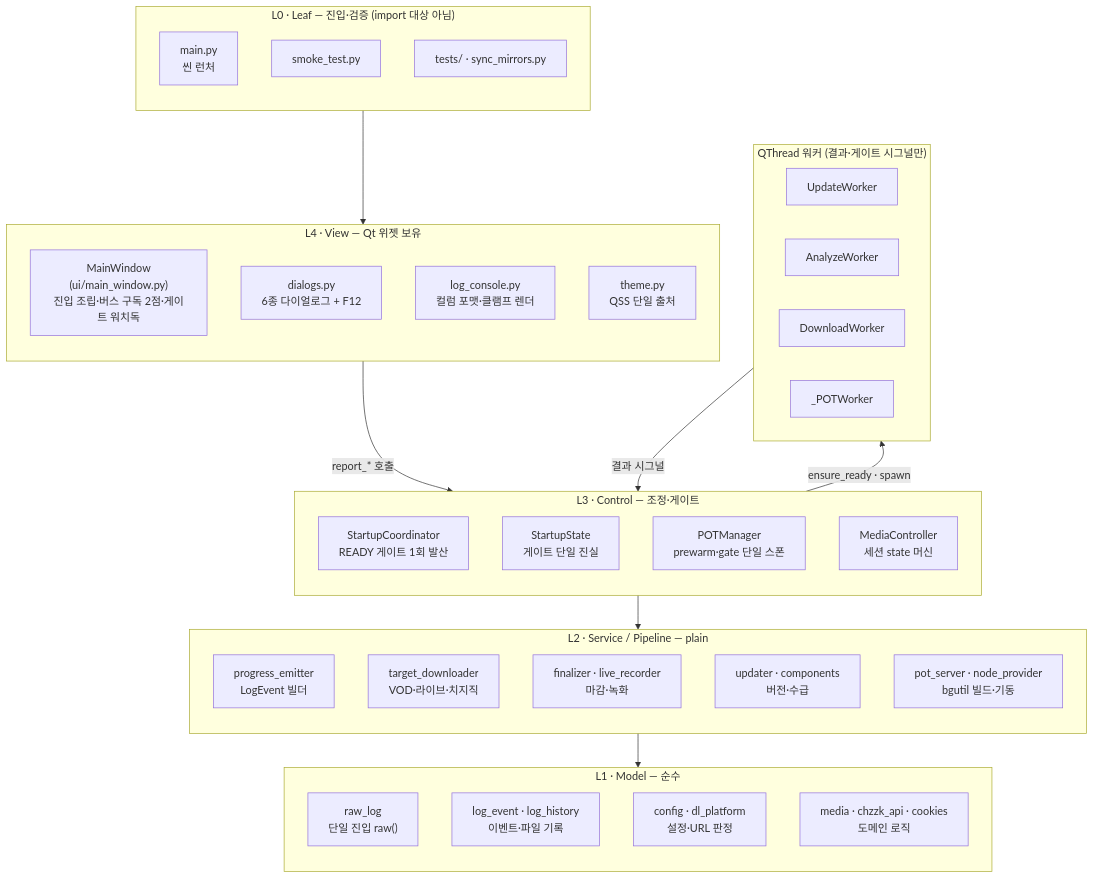
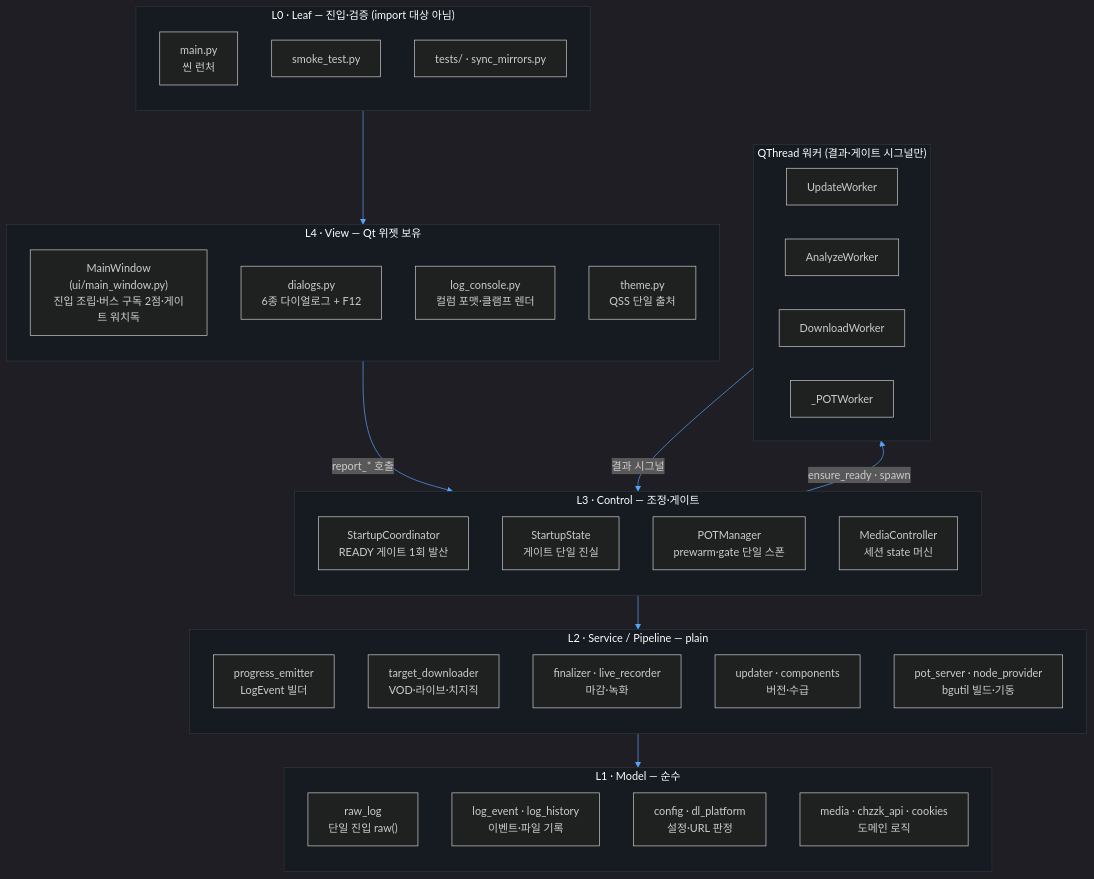
One commit to joyksan/ChzzkTube changed the first of 3 diagrams in README.md. Above: the diagram before and after it, drawn with Mermaid. The commit also changed other lines of this file and 1 other file, not shown here.

Commit message:
refactor : architecture 렌더링 보강

````diff
--- a/README.md
+++ b/README.md
@@ -64,52 +64,64 @@
 ```mermaid
+%%{init: {
+  'theme': 'dark',
+  'themeVariables': {
+    'background': 'transparent',
+    'clusterBkg': '#161b22',
+    'clusterBorder': '#30363d',
+    'primaryColor': '#21262d',
+    'primaryBorderColor': '#8b949e',
+    'primaryTextColor': '#c9d1d9',
+    'lineColor': '#58a6ff'
+  }
+}}%%
 flowchart TB
     subgraph L4["L4 · View — Qt 위젯 보유"]
         direction TB
         MW["MainWindow<br/>(ui/main_window.py)<br/>진입 조립·버스 구독 2점·게이트 워치독"]
         DLG["dialogs.py<br/>6종 다이얼로그 + F12"]
         LC["log_console.py<br/>컬럼 포맷·클램프 렌더"]
         TH["theme.py<br/>QSS 단일 출처"]
     end
     subgraph L3["L3 · Control — 조정·게이트"]
         direction TB
         SC["StartupCoordinator<br/>READY 게이트 1회 발산"]
         SS["StartupState<br/>게이트 단일 진실"]
         PM["POTManager<br/>prewarm·gate 단일 스폰"]
         MC["MediaController<br/>세션 state 머신"]
     end
     subgraph L2["L2 · Service / Pipeline — plain"]
         direction TB
         PE["progress_emitter<br/>LogEvent 빌더"]
         TD["target_downloader<br/>VOD·라이브·치지직"]
         FN["finalizer · live_recorder<br/>마감·녹화"]
         UP["updater · components<br/>버전·수급"]
         PS["pot_server · node_provider<br/>bgutil 빌드·기동"]
     end
     subgraph L1["L1 · Model — 순수"]
         direction TB
         RL["raw_log<br/>단일 진입 raw()"]
         LE["log_event · log_history<br/>이벤트·파일 기록"]
         CF["config · dl_platform<br/>설정·URL 판정"]
         MD["media · chzzk_api · cookies<br/>도메인 로직"]
     end
     subgraph L0["L0 · Leaf — 진입·검증 (import 대상 아님)"]
         direction TB
         MAIN["main.py<br/>씬 런처"]
         SMK["smoke_test.py"]
         TST["tests/ · sync_mirrors.py"]
     end
     subgraph WK["QThread 워커 (결과·게이트 시그널만)"]
         direction LR
         UW["UpdateWorker"]
         AW["AnalyzeWorker"]
         DW["DownloadWorker"]
         PW["_POTWorker"]
     end
 
     L4 -->|report_* 호출| L3
     L3 -->|ensure_ready · spawn| WK
     WK -->|결과 시그널| L3
     L3 --> L2
     L2 --> L1
     L0 --> L4
 ```
````
